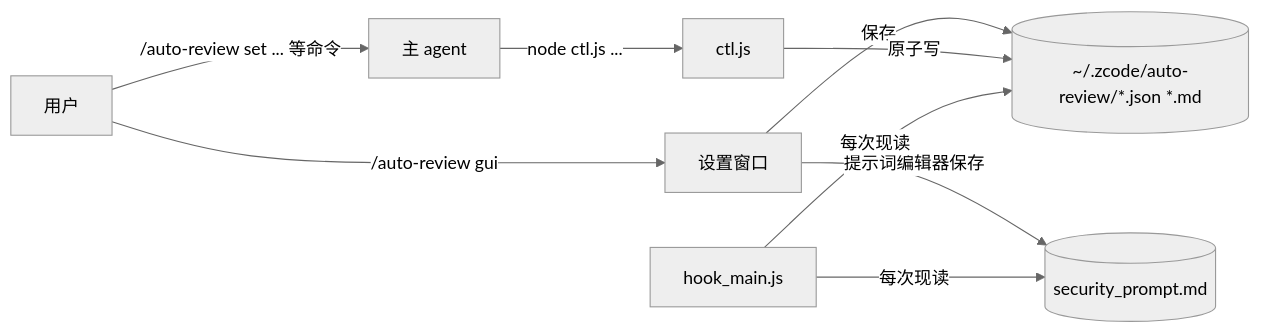
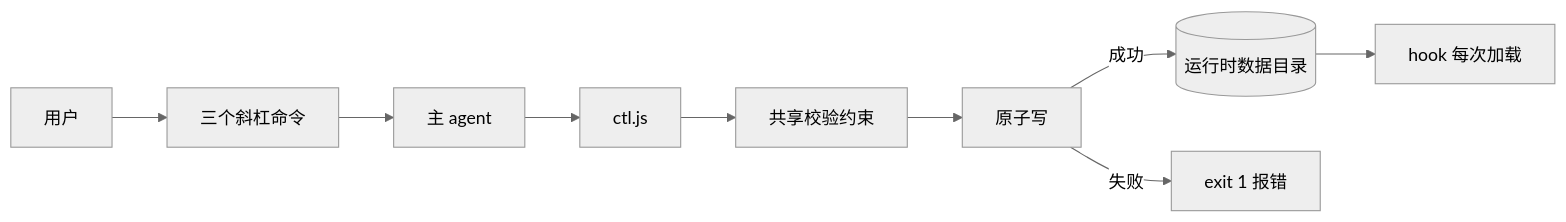
One commit to cy-2-u/zhao changed the second of 3 diagrams in docs/project_wiki/02_开发文档/模块运行流程图.md. Above: the diagram before and after it, drawn with Mermaid (neutral theme). The commit also changed other lines of this file and 25 other files, not shown here.

````diff
--- a/docs/project_wiki/02_开发文档/模块运行流程图.md
+++ b/docs/project_wiki/02_开发文档/模块运行流程图.md
@@ -59,11 +53,11 @@
 ```mermaid
 flowchart LR
-    U[用户] -->|"/auto-review gui"| W[设置窗口]
-    U -->|"/auto-review set ... 等命令"| C[主 agent]
-    W -->|保存| D[(~/.zcode/auto-review/*.json *.md)]
-    W -->|提示词编辑器保存| PM[(security_prompt.md)]
-    C -->|"node ctl.js ..."| S[ctl.js]
-    S -->|原子写| D
-    H[hook_main.js] -->|每次现读| D
-    H -->|每次现读| PM
+    U[用户] --> C[三个斜杠命令]
+    C --> A[主 agent]
+    A --> CLI[ctl.js]
+    CLI --> V[共享校验约束]
+    V --> W[原子写]
+    W -- 成功 --> D[(运行时数据目录)]
+    W -- 失败 --> E[exit 1 报错]
+    D --> H[hook 每次加载]
 ```
````
